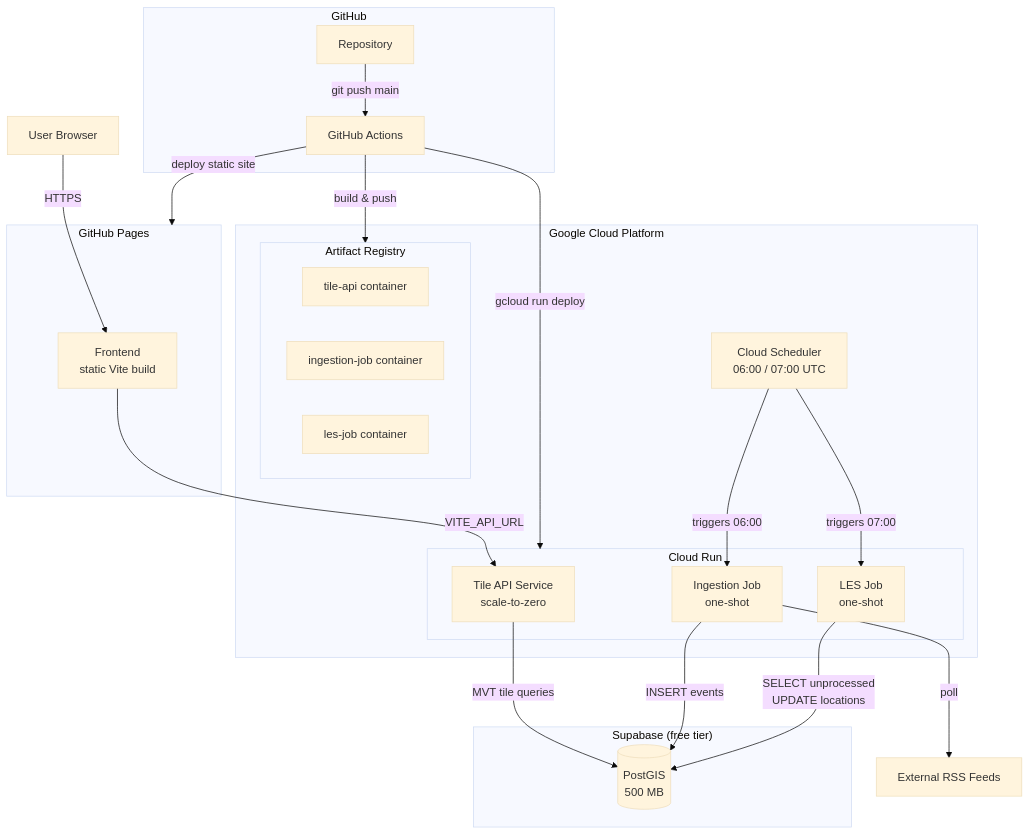
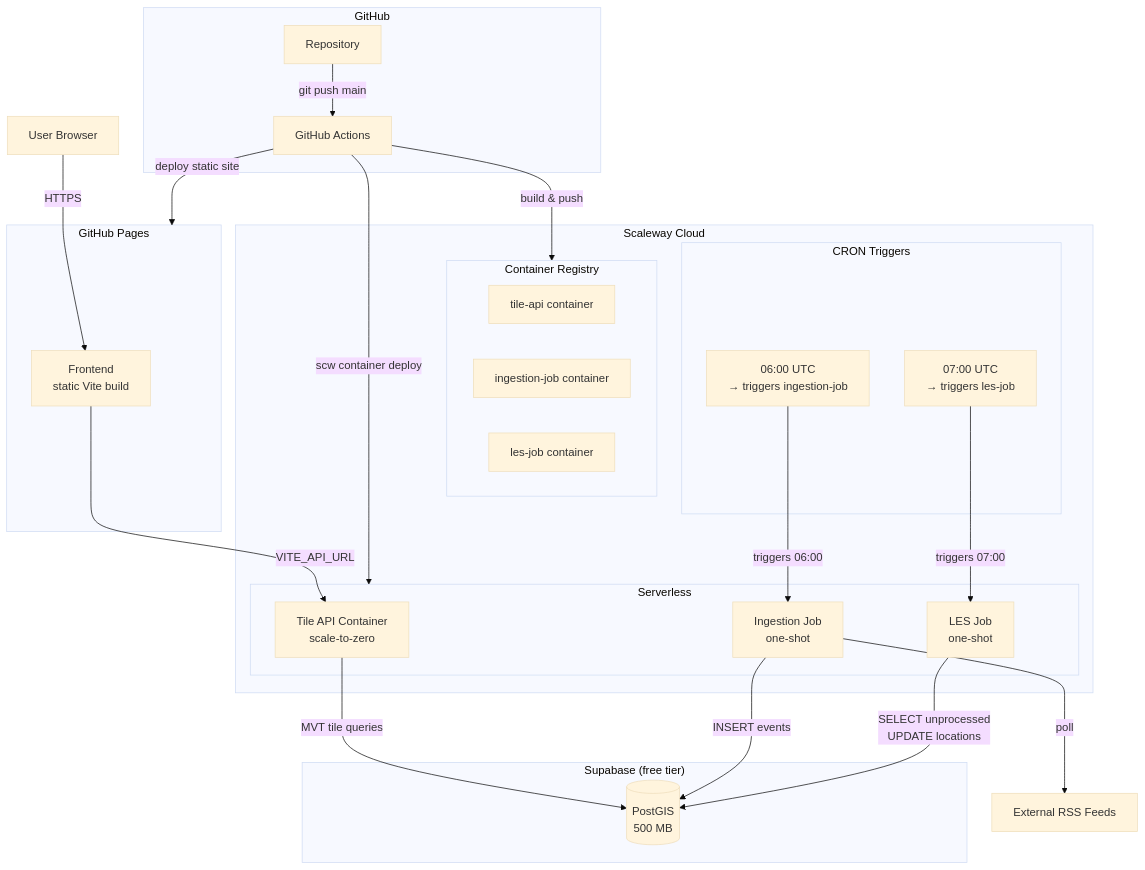
The first of 2 diagrams in docs/architecture/deployment.md (ConnectedWanderer/living-map), drawn with Mermaid (base theme) before and after one commit. The commit also changed other lines of this file and 2 other files, not shown here.

Commit message:
docs: Scaleway deployment docs (ADR-022) + updated architecture docs

````diff
--- a/docs/architecture/deployment.md
+++ b/docs/architecture/deployment.md
@@ -75,46 +76,49 @@
 ```mermaid
 flowchart TD
     subgraph GitHub["GitHub"]
         Repo[Repository]
         Actions[GitHub Actions]
     end
 
-    subgraph GCP["Google Cloud Platform"]
-        subgraph ArtifactRegistry["Artifact Registry"]
+    subgraph Scaleway["Scaleway Cloud"]
+        subgraph Registry["Container Registry"]
             TI[ tile-api container]
             IJ[ ingestion-job container]
             LJ[ les-job container]
         end
 
-        subgraph CloudRun["Cloud Run"]
-            Svc[Tile API Service<br/>scale-to-zero]
+        subgraph Serverless["Serverless"]
+            Svc[Tile API Container<br/>scale-to-zero]
             J1[Ingestion Job<br/>one-shot]
             J2[LES Job<br/>one-shot]
         end
 
-        CS[Cloud Scheduler<br/>06:00 / 07:00 UTC]
+        subgraph CRON["CRON Triggers"]
+            C1[06:00 UTC<br/>→ triggers ingestion-job]
+            C2[07:00 UTC<br/>→ triggers les-job]
+        end
     end
 
     subgraph Supabase["Supabase (free tier)"]
         DB[(PostGIS<br/>500 MB)]
     end
 
     subgraph Pages["GitHub Pages"]
         FE[Frontend<br/>static Vite build]
     end
 
     User[User Browser] -->|HTTPS| FE
     FE -->|VITE_API_URL| Svc
 
     Svc -->|MVT tile queries| DB
-    CS -->|triggers 06:00| J1
-    CS -->|triggers 07:00| J2
+    C1 -->|triggers 06:00| J1
+    C2 -->|triggers 07:00| J2
     J1 -->|INSERT events| DB
     J1 -->|poll| RSS[External RSS Feeds]
     J2 -->|SELECT unprocessed<br/>UPDATE locations| DB
 
     Repo -->|git push main| Actions
-    Actions -->|build & push| ArtifactRegistry
-    Actions -->|gcloud run deploy| CloudRun
+    Actions -->|build & push| Registry
+    Actions -->|scw container deploy| Serverless
     Actions -->|deploy static site| Pages
 ```
````
